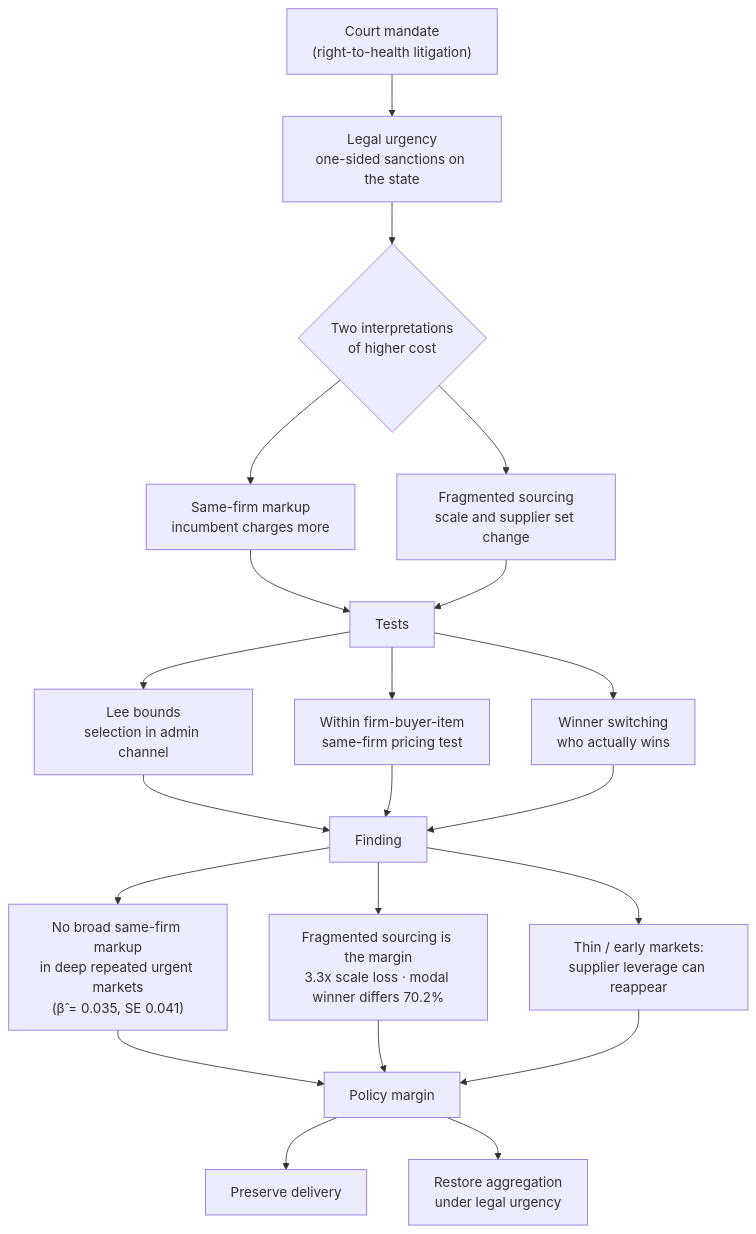
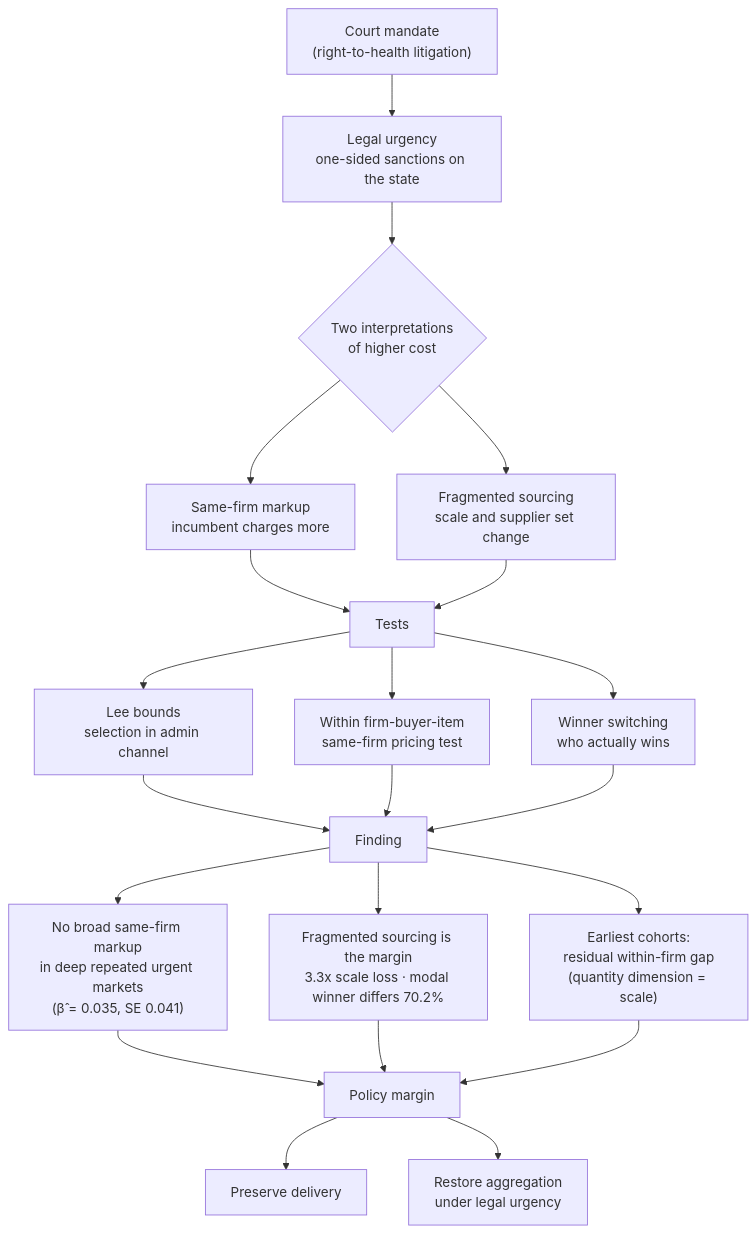
The diagram in docs/research/bitter-pills/mindmap.md (darciogm/darciogm.github.io), drawn with Mermaid before and after one commit. The commit also changed other lines of this file and 12 other files, not shown here.

````diff
--- a/docs/research/bitter-pills/mindmap.md
+++ b/docs/research/bitter-pills/mindmap.md
@@ -11,29 +11,29 @@
 ```mermaid
 flowchart TD
     A["Court mandate<br/>(right-to-health litigation)"] --> B["Legal urgency<br/>one-sided sanctions on the state"]
 
     B --> C{"Two interpretations<br/>of higher cost"}
     C --> D["Same-firm markup<br/>incumbent charges more"]
     C --> E["Fragmented sourcing<br/>scale and supplier set change"]
 
     D --> F["Tests"]
     E --> F
 
     F --> F1["Lee bounds<br/>selection in admin channel"]
     F --> F2["Within firm-buyer-item<br/>same-firm pricing test"]
     F --> F3["Winner switching<br/>who actually wins"]
 
     F1 --> G["Finding"]
     F2 --> G
     F3 --> G
 
     G --> G1["No broad same-firm markup<br/>in deep repeated urgent markets<br/>(β̂ = 0.035, SE 0.041)"]
     G --> G2["Fragmented sourcing is the margin<br/>3.3x scale loss · modal winner differs 70.2%"]
-    G --> G3["Thin / early markets:<br/>supplier leverage can reappear"]
+    G --> G3["Earliest cohorts:<br/>residual within-firm gap<br/>(quantity dimension = scale)"]
 
     G1 --> H["Policy margin"]
     G2 --> H
     G3 --> H
     H --> H1["Preserve delivery"]
     H --> H2["Restore aggregation<br/>under legal urgency"]
 ```
````
